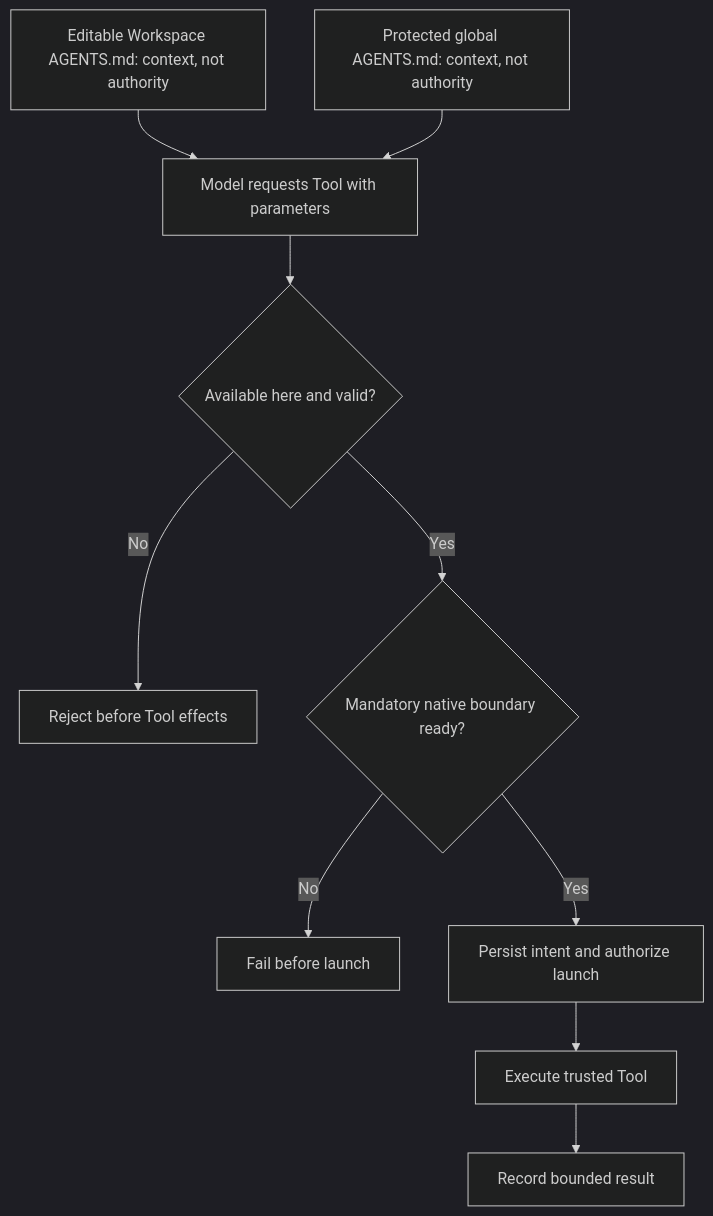
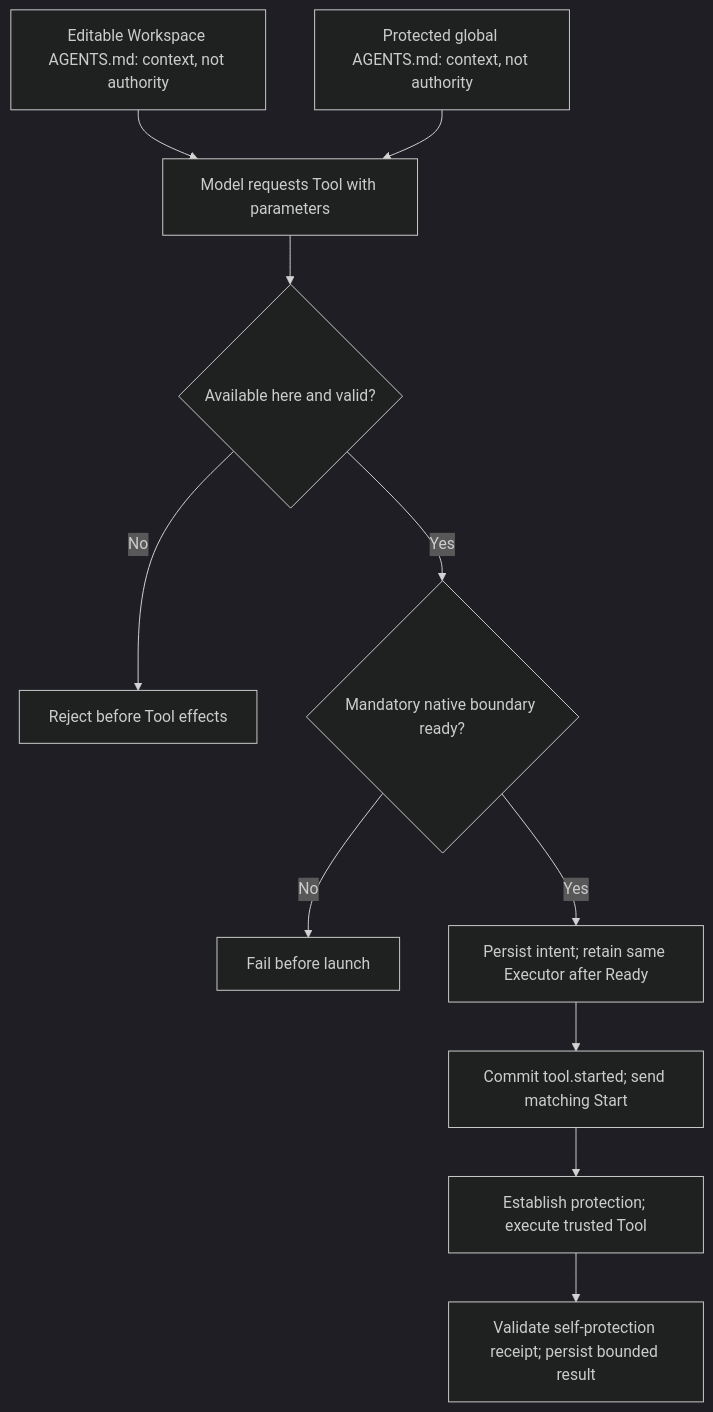
The first of 8 diagrams in docs/concept/flow-agent-executor-architecture.md (Open-Equilibrium/watershed), drawn with Mermaid (dark theme) before and after one commit. The commit also changed other lines of this file and 174 other files, not shown here.

First line of the commit message:
executor: integrate native self-protection contract

````diff
--- a/docs/concept/flow-agent-executor-architecture.md
+++ b/docs/concept/flow-agent-executor-architecture.md
@@ -48,12 +37,13 @@
 ```mermaid
 flowchart TD
   Instructions["Editable Workspace AGENTS.md: context, not authority"] --> Input
   Global["Protected global AGENTS.md: context, not authority"] --> Input
   Input["Model requests Tool with parameters"] --> Check{"Available here and valid?"}
   Check -->|No| Reject["Reject before Tool effects"]
   Check -->|Yes| Ready{"Mandatory native boundary ready?"}
   Ready -->|No| Stop["Fail before launch"]
-  Ready -->|Yes| Intent["Persist intent and authorize launch"]
-  Intent --> Run["Execute trusted Tool"]
-  Run --> Result["Record bounded result"]
+  Ready -->|Yes| Intent["Persist intent; retain same Executor after Ready"]
+  Intent --> Start["Commit tool.started; send matching Start"]
+  Start --> Run["Establish protection; execute trusted Tool"]
+  Run --> Result["Validate self-protection receipt; persist bounded result"]
 ```
````
